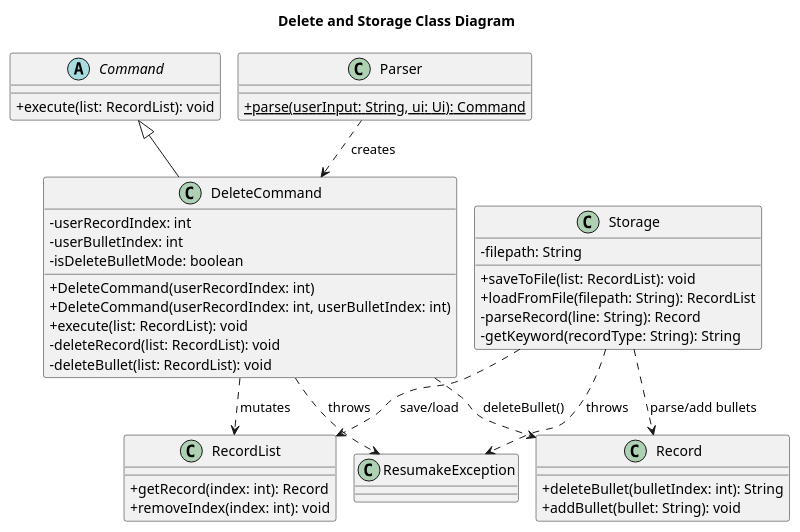
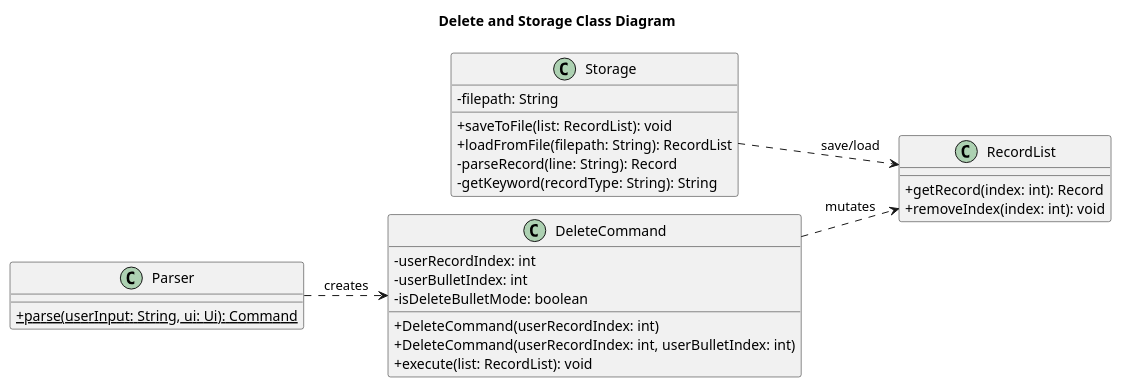
Before and after one commit to AY2526S2-CS2113-F09-2/tp: the diagram in docs/diagrams/DeleteStorageClassDiagram.puml, drawn with PlantUML. The commit also changed 23 other files, not shown here.

Commit message:
Update UG and DG to align diagrams and command behavior

```diff
--- a/docs/diagrams/DeleteStorageClassDiagram.puml
+++ b/docs/diagrams/DeleteStorageClassDiagram.puml
@@ -1,55 +1,38 @@
 @startuml
 !pragma layout smetana
 skinparam classAttributeIconSize 0
+left to right direction
 
 title Delete and Storage Class Diagram
-
-abstract class Command {
-  +execute(list: RecordList): void
-}
 
 class DeleteCommand {
   -userRecordIndex: int
   -userBulletIndex: int
   -isDeleteBulletMode: boolean
   +DeleteCommand(userRecordIndex: int)
   +DeleteCommand(userRecordIndex: int, userBulletIndex: int)
   +execute(list: RecordList): void
-  -deleteRecord(list: RecordList): void
-  -deleteBullet(list: RecordList): void
 }
 
 class Parser {
   {static} +parse(userInput: String, ui: Ui): Command
 }
 
 class Storage {
   -filepath: String
   +saveToFile(list: RecordList): void
   +loadFromFile(filepath: String): RecordList
   -parseRecord(line: String): Record
   -getKeyword(recordType: String): String
 }
 
 class RecordList {
   +getRecord(index: int): Record
   +removeIndex(index: int): void
 }
 
-class Record {
-  +deleteBullet(bulletIndex: int): String
-  +addBullet(bullet: String): void
-}
-
-class ResumakeException
-
-Command <|-- DeleteCommand
 Parser ..> DeleteCommand : creates
 DeleteCommand ..> RecordList : mutates
-DeleteCommand ..> Record : deleteBullet()
-DeleteCommand ..> ResumakeException : throws
 Storage ..> RecordList : save/load
-Storage ..> Record : parse/add bullets
-Storage ..> ResumakeException : throws
 
 @enduml
```
